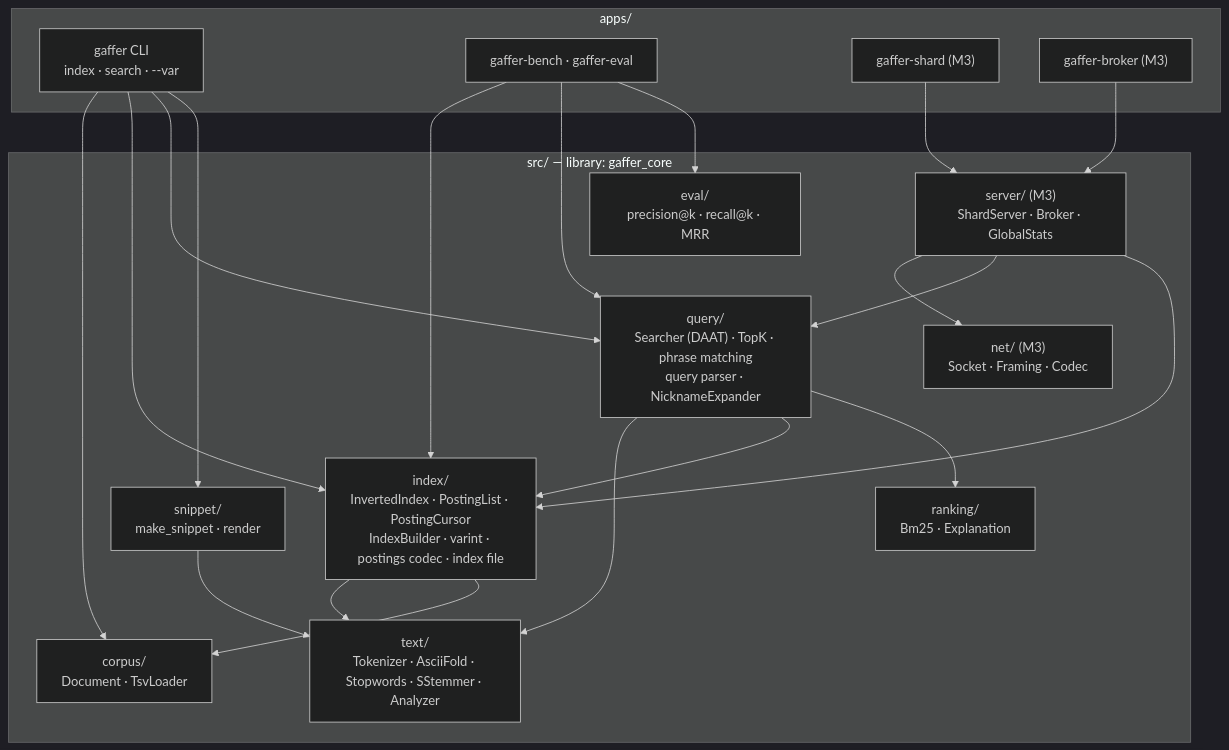
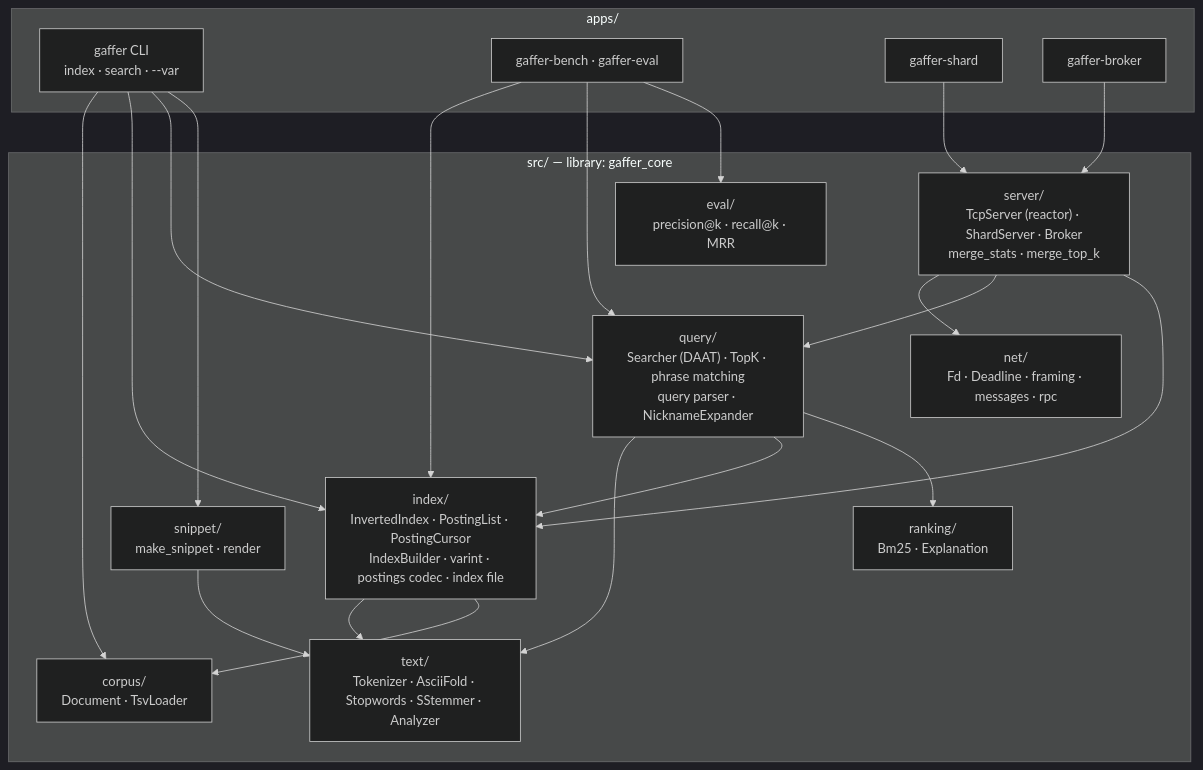
One commit to siddharth-sarma5/gaffer-search changed the second of 6 diagrams in docs/ARCHITECTURE.md. Above: the diagram before and after it, drawn with Mermaid (dark theme). The commit also changed other lines of this file and 3 other files, not shown here.

First line of the commit message:
docs: update architecture and write up the global-IDF trade-off

````diff
--- a/docs/ARCHITECTURE.md
+++ b/docs/ARCHITECTURE.md
@@ -27,30 +27,30 @@
 ```mermaid
 flowchart TB
     subgraph apps[apps/]
         cli["gaffer CLI<br/>index · search · --var"]
         bench["gaffer-bench · gaffer-eval"]
-        shard["gaffer-shard (M3)"]
-        broker["gaffer-broker (M3)"]
+        shard["gaffer-shard"]
+        broker["gaffer-broker"]
     end
 
     subgraph core["src/ — library: gaffer_core"]
         corpusm["corpus/<br/>Document · TsvLoader"]
         text["text/<br/>Tokenizer · AsciiFold · Stopwords · SStemmer · Analyzer"]
         index["index/<br/>InvertedIndex · PostingList · PostingCursor<br/>IndexBuilder · varint · postings codec · index file"]
         ranking["ranking/<br/>Bm25 · Explanation"]
         query["query/<br/>Searcher (DAAT) · TopK · phrase matching<br/>query parser · NicknameExpander"]
         snippet["snippet/<br/>make_snippet · render"]
         evalm["eval/<br/>precision@k · recall@k · MRR"]
-        net["net/ (M3)<br/>Socket · Framing · Codec"]
-        server["server/ (M3)<br/>ShardServer · Broker · GlobalStats"]
+        net["net/<br/>Fd · Deadline · framing · messages · rpc"]
+        server["server/<br/>TcpServer (reactor) · ShardServer · Broker<br/>merge_stats · merge_top_k"]
     end
 
     cli --> corpusm & index & query & snippet
     bench --> index & query & evalm
     shard --> server
     broker --> server
     server --> net & query & index
     query --> text & index & ranking
     index --> text & corpusm
     snippet --> text
 ```
````
